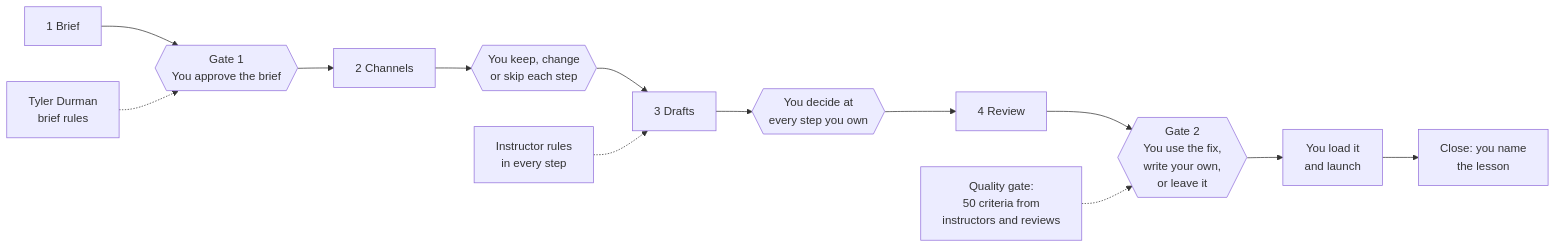
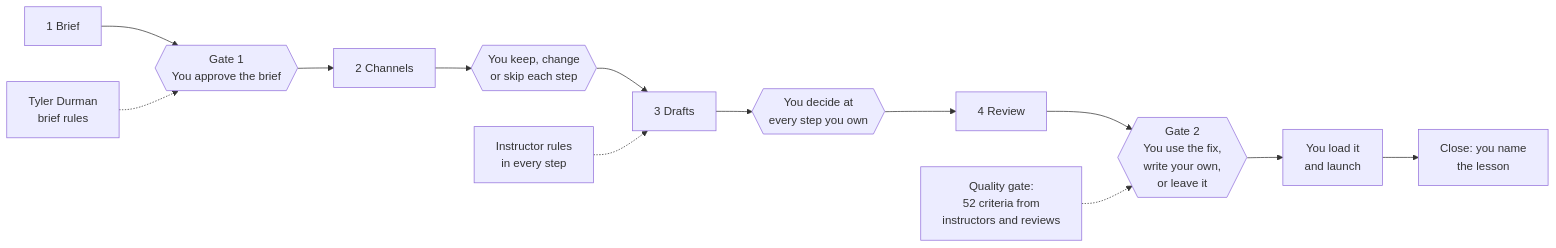
The diagram in frameworks/human-checks.md (conversionxl/cxl-campaign-engine), drawn with Mermaid before and after one commit. The commit also changed 9 other files, not shown here.

````diff
--- a/frameworks/human-checks.md
+++ b/frameworks/human-checks.md
@@ -11,11 +11,11 @@
 ```mermaid
 flowchart LR
   B["1 Brief"] --> G1{{"Gate 1<br/>You approve the brief"}}
   G1 --> C["2 Channels"] --> CY{{"You keep, change<br/>or skip each step"}}
   CY --> D["3 Drafts"] --> DY{{"You decide at<br/>every step you own"}}
   DY --> R["4 Review"] --> G2{{"Gate 2<br/>You use the fix,<br/>write your own,<br/>or leave it"}}
   G2 --> L["You load it<br/>and launch"] --> X["Close: you name<br/>the lesson"]
   I1["Tyler Durman<br/>brief rules"] -.-> G1
   I2["Instructor rules<br/>in every step"] -.-> D
-  I3["Quality gate:<br/>50 criteria from<br/>instructors and reviews"] -.-> G2
+  I3["Quality gate:<br/>52 criteria from<br/>instructors and reviews"] -.-> G2
 ```
````
